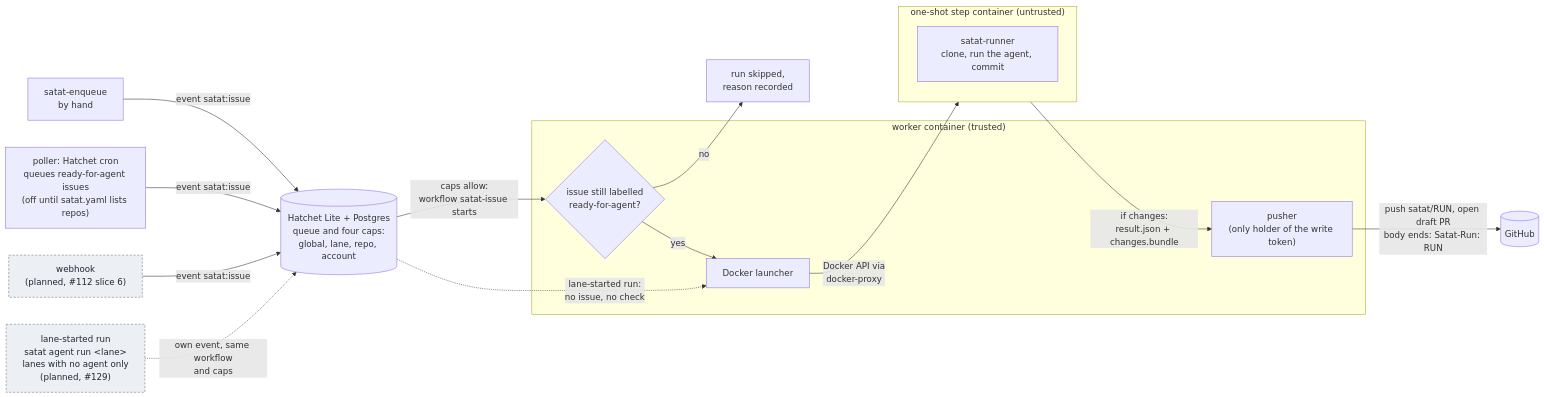
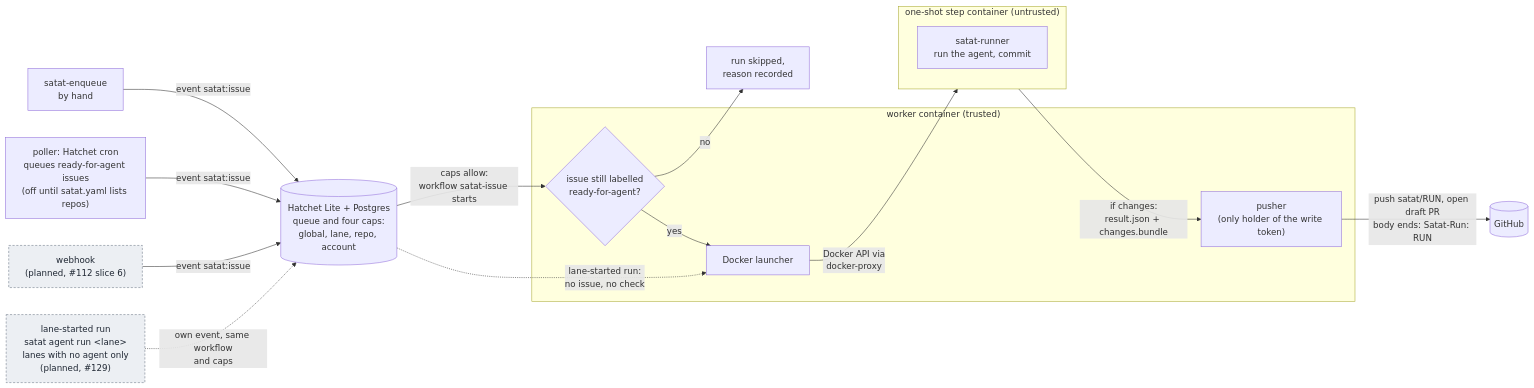
Before and after one commit to javatarz/satat: the diagram in docs/design.md, drawn with Mermaid. The commit also changed other lines of this file and 24 other files, not shown here.

````diff
--- a/docs/design.md
+++ b/docs/design.md
@@ -26,36 +26,36 @@
 ```mermaid
 flowchart LR
   enq["satat-enqueue<br/>by hand"]
   poll["poller: Hatchet cron<br/>queues ready-for-agent issues<br/>(off until satat.yaml lists repos)"]
   hook["webhook<br/>(planned, #112 slice 6)"]
   lanerun["lane-started run<br/>satat agent run &lt;lane&gt;<br/>lanes with no agent only<br/>(planned, #129)"]
 
   queue[("Hatchet Lite + Postgres<br/>queue and four caps:<br/>global, lane, repo, account")]
 
   enq -- "event satat:issue" --> queue
   poll -- "event satat:issue" --> queue
   hook -- "event satat:issue" --> queue
   lanerun -. "own event, same workflow<br/>and caps" .-> queue
 
   subgraph worker["worker container (trusted)"]
     ready{"issue still labelled<br/>ready-for-agent?"}
     launch["Docker launcher"]
     push["pusher<br/>(only holder of the write token)"]
   end
 
   queue -- "caps allow:<br/>workflow satat-issue starts" --> ready
   ready -- "no" --> skip["run skipped,<br/>reason recorded"]
   ready -- "yes" --> launch
   queue -. "lane-started run:<br/>no issue, no check" .-> launch
   launch -- "Docker API via<br/>docker-proxy" --> step
 
   subgraph step["one-shot step container (untrusted)"]
-    runner["satat-runner<br/>clone, run the agent, commit"]
+    runner["satat-runner<br/>run the agent, commit"]
   end
 
   step -- "if changes:<br/>result.json + changes.bundle" --> push
   push -- "push satat/RUN, open draft PR<br/>body ends: Satat-Run: RUN" --> gh[(GitHub)]
 
   classDef planned fill:#eceff3,stroke:#6b7685,color:#1f2733,stroke-dasharray:4 3
   class hook,lanerun planned
 ```
````
